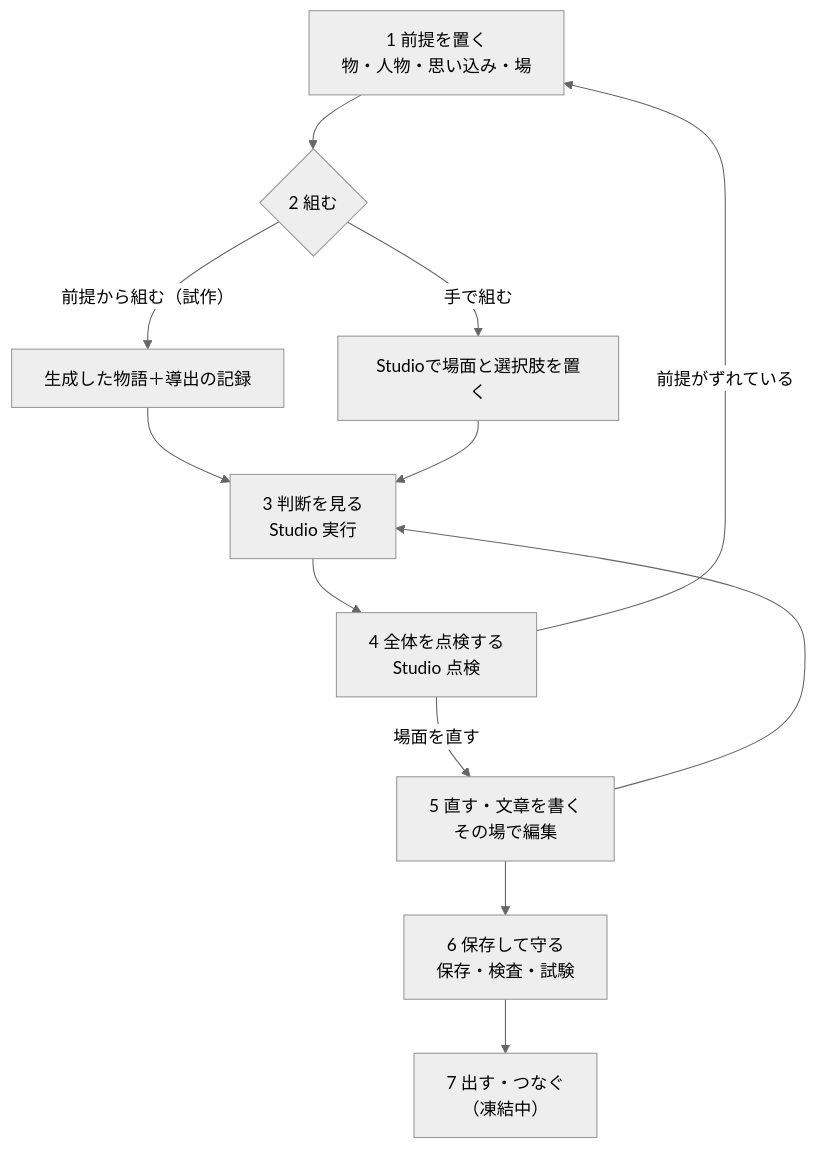
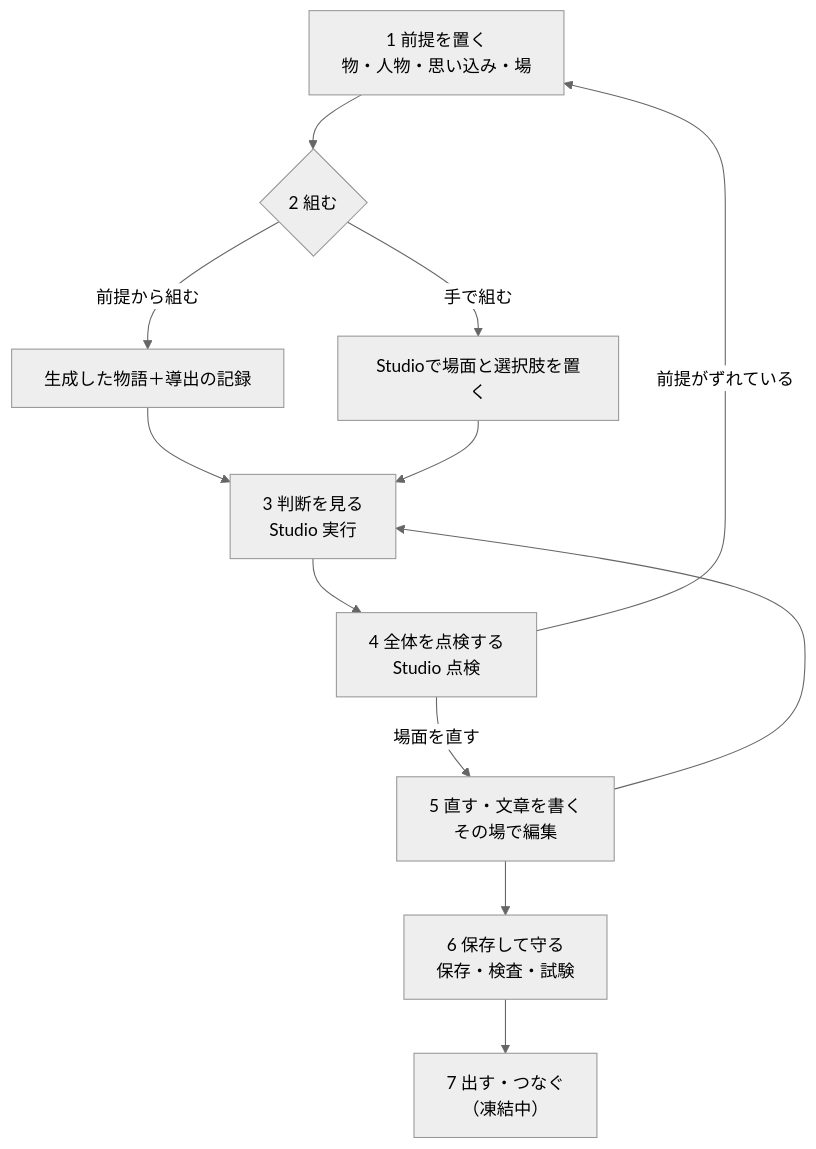
Before and after one commit to YuShimoji/NarrativeGen: the diagram in docs/specs/pipeline-workflow.md, drawn with Mermaid (neutral theme). The commit also changed other lines of this file and 17 other files, not shown here.

````diff
--- a/docs/specs/pipeline-workflow.md
+++ b/docs/specs/pipeline-workflow.md
@@ -31,14 +31,14 @@
 ```mermaid
 flowchart TD
   A["1 前提を置く<br/>物・人物・思い込み・場"] --> B{"2 組む"}
-  B -->|"前提から組む（試作）"| C["生成した物語＋導出の記録"]
+  B -->|"前提から組む"| C["生成した物語＋導出の記録"]
   B -->|"手で組む"| D["Studioで場面と選択肢を置く"]
   C --> E["3 判断を見る<br/>Studio 実行"]
   D --> E
   E --> F["4 全体を点検する<br/>Studio 点検"]
   F -->|"前提がずれている"| A
   F -->|"場面を直す"| G["5 直す・文章を書く<br/>その場で編集"]
   G --> E
   G --> H["6 保存して守る<br/>保存・検査・試験"]
   H --> I["7 出す・つなぐ<br/>（凍結中）"]
 ```
````
